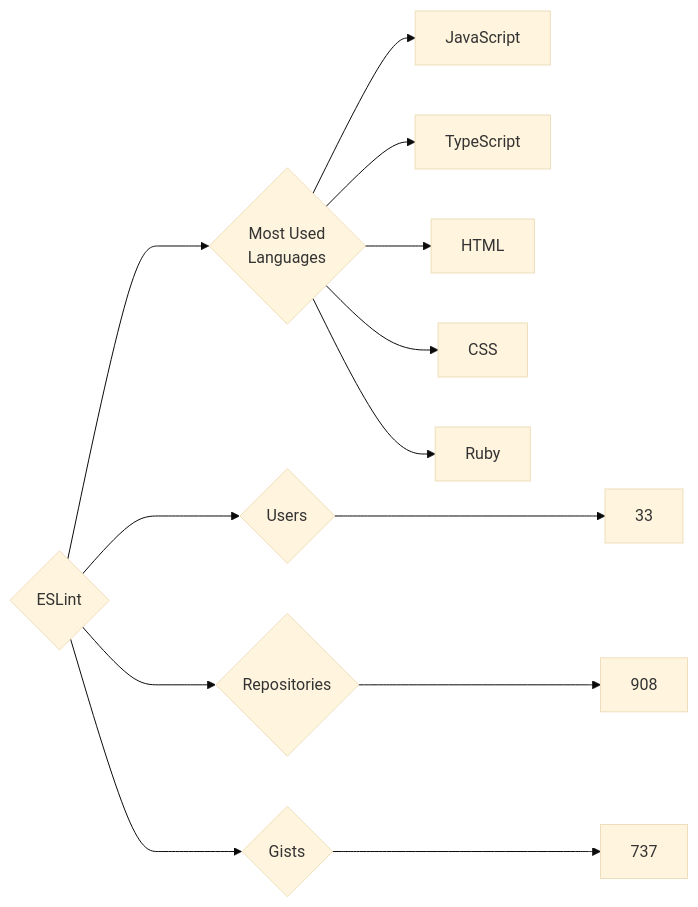
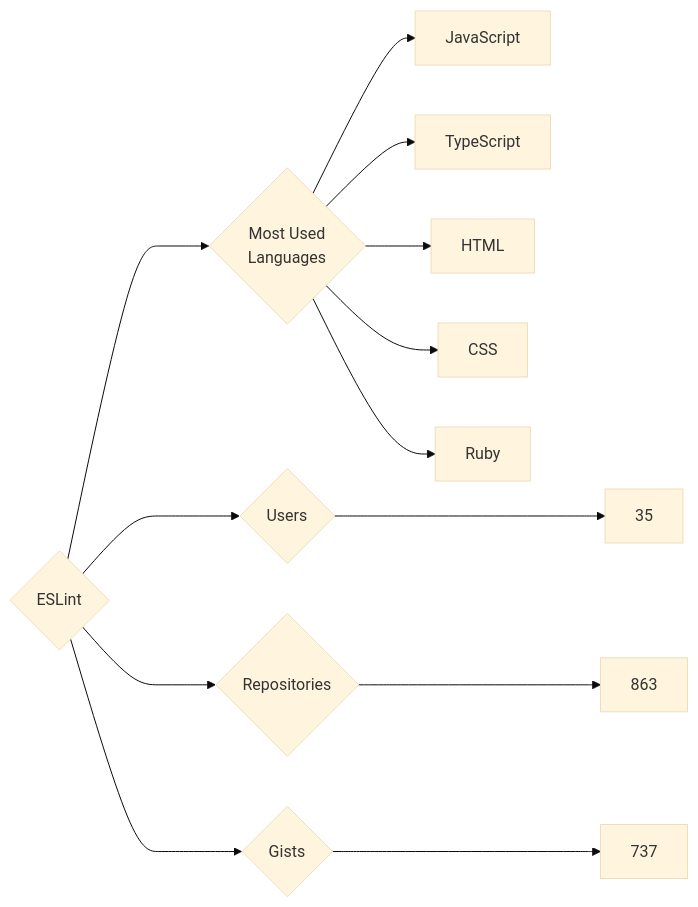
One commit to trickest/insiders changed the diagram in targets/ESLint/README.md. Above: the diagram before and after it, drawn with Mermaid (base theme). The commit also changed 1020 other files, not shown here.

````diff
--- a/targets/ESLint/README.md
+++ b/targets/ESLint/README.md
@@ -3,13 +3,13 @@
 ```mermaid
 graph LR
 COMPANY_NAME{ESLint}
-COMPANY_NAME ---> U{Users} ---> UN[33]
-COMPANY_NAME ---> R{Repositories} ---> RN[908]
+COMPANY_NAME ---> U{Users} ---> UN[35]
+COMPANY_NAME ---> R{Repositories} ---> RN[863]
 COMPANY_NAME ---> G{Gists} ---> GN[737]
 COMPANY_NAME ---> ML{Most Used<br>Languages}
 ML --> JavaScript[JavaScript]
 ML --> TypeScript[TypeScript]
 ML --> HTML[HTML]
 ML --> CSS[CSS]
 ML --> Ruby[Ruby]
 ```
````
